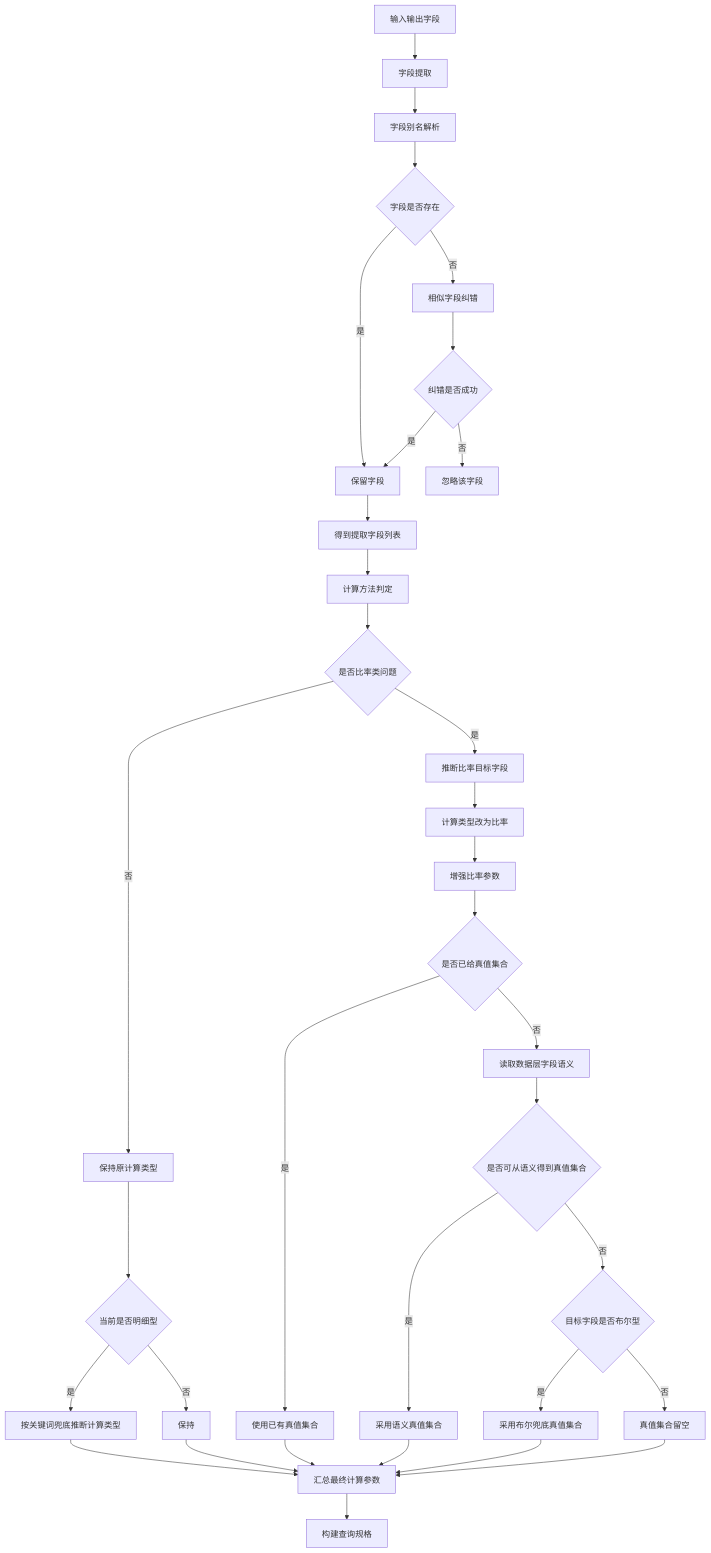
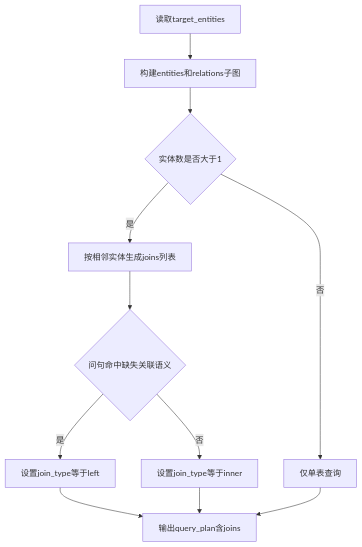
Before and after one commit to fengjianhuaxin/testtodsl: the fourth of 8 diagrams in docs/pipeline_flow_detailed.md, drawn with Mermaid. The commit also changed other lines of this file, not shown here.

Commit message:
docs: refresh pipeline flowchart for split planner and inner/left join

````diff
--- a/docs/pipeline_flow_detailed.md
+++ b/docs/pipeline_flow_detailed.md
@@ -188,40 +78,15 @@
 ```mermaid
 flowchart TD
-    E0[输入输出字段] --> E1[字段提取]
-    E1 --> E2[字段别名解析]
-    E2 --> E3{字段是否存在}
-    E3 -- 是 --> E7[保留字段]
-    E3 -- 否 --> E4[相似字段纠错]
-    E4 --> E5{纠错是否成功}
-    E5 -- 是 --> E7
-    E5 -- 否 --> E6[忽略该字段]
-    E7 --> E8[得到提取字段列表]
+    F0[读取target_entities] --> F1[构建entities和relations子图]
+    F1 --> F2{实体数是否大于1}
 
-    E8 --> F0[计算方法判定]
-    F0 --> F1{是否比率类问题}
-    F1 -- 是 --> F2[推断比率目标字段]
-    F2 --> F3[计算类型改为比率]
-    F1 -- 否 --> F4[保持原计算类型]
+    F2 -- 否 --> F6[仅单表查询]
+    F2 -- 是 --> F3[按相邻实体生成joins列表]
+    F3 --> F4{问句命中缺失关联语义}
+    F4 -- 是 --> F5[设置join_type等于left]
+    F4 -- 否 --> F7[设置join_type等于inner]
 
-    F3 --> F5[增强比率参数]
-    F5 --> F7{是否已给真值集合}
-    F7 -- 是 --> F8[使用已有真值集合]
-    F7 -- 否 --> F9[读取数据层字段语义]
-    F9 --> F10{是否可从语义得到真值集合}
-    F10 -- 是 --> F11[采用语义真值集合]
-    F10 -- 否 --> F12{目标字段是否布尔型}
-    F12 -- 是 --> F13[采用布尔兜底真值集合]
-    F12 -- 否 --> F14[真值集合留空]
-
-    F4 --> F6{当前是否明细型}
-    F6 -- 是 --> F15[按关键词兜底推断计算类型]
-    F6 -- 否 --> F16[保持]
-
-    F15 --> F17[汇总最终计算参数]
-    F16 --> F17
-    F8 --> F17
-    F11 --> F17
-    F13 --> F17
-    F14 --> F17
-    F17 --> F18[构建查询规格]
+    F5 --> F8[输出query_plan含joins]
+    F7 --> F8
+    F6 --> F8
 ```
````
